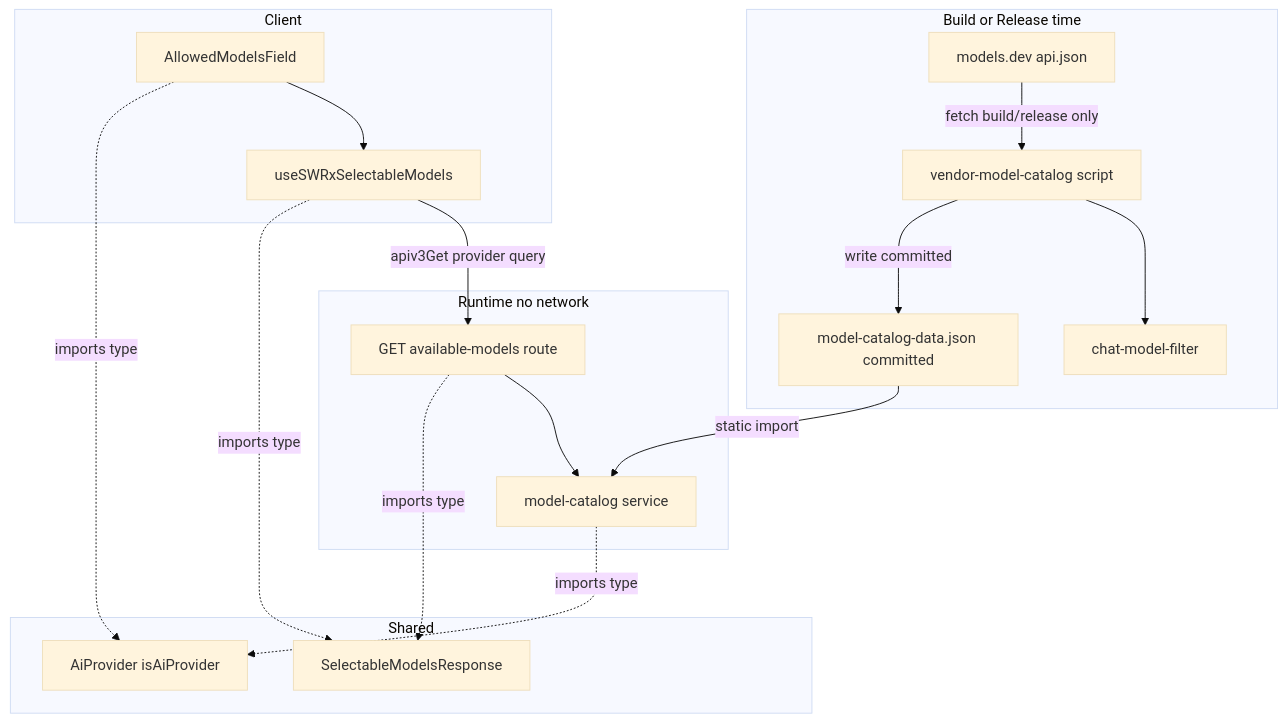
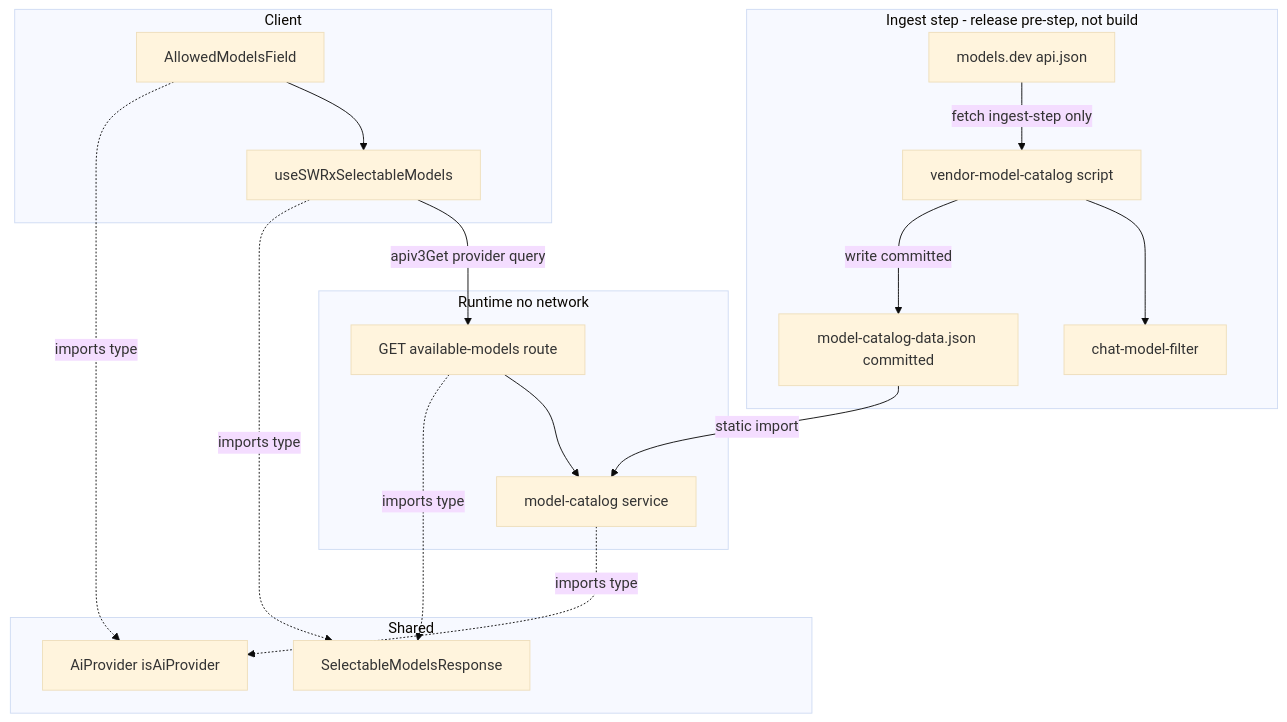
Before and after one commit to growilabs/growi: the first of 2 diagrams in .kiro/specs/ai-settings-model-picker/design.md, drawn with Mermaid (base theme). The commit also changed other lines of this file, not shown here.

Commit message:
feat(ai-settings-model-picker): clarify ingest step terminology and update impact description in design document

````diff
--- a/.kiro/specs/ai-settings-model-picker/design.md
+++ b/.kiro/specs/ai-settings-model-picker/design.md
@@ -68,31 +70,31 @@
 ```mermaid
 graph TB
-    subgraph BuildRelease[Build or Release time]
+    subgraph BuildRelease[Ingest step - release pre-step, not build]
         ModelsDev[models.dev api.json]
         Vendor[vendor-model-catalog script]
         Filter[chat-model-filter]
         Vendor --> Filter
-        ModelsDev -->|fetch build/release only| Vendor
+        ModelsDev -->|fetch ingest-step only| Vendor
         Vendor -->|write committed| Data[model-catalog-data.json committed]
     end
     subgraph Runtime[Runtime no network]
         Catalog[model-catalog service]
         Route[GET available-models route]
         Data -->|static import| Catalog
         Route --> Catalog
     end
     subgraph Client
         Field[AllowedModelsField]
         Hook[useSWRxSelectableModels]
         Field --> Hook
         Hook -->|apiv3Get provider query| Route
     end
     subgraph Shared
         DTO[SelectableModelsResponse]
         Provider[AiProvider isAiProvider]
     end
     Hook -.->|imports type| DTO
     Route -.->|imports type| DTO
     Field -.->|imports type| Provider
     Catalog -.->|imports type| Provider
 ```
````
